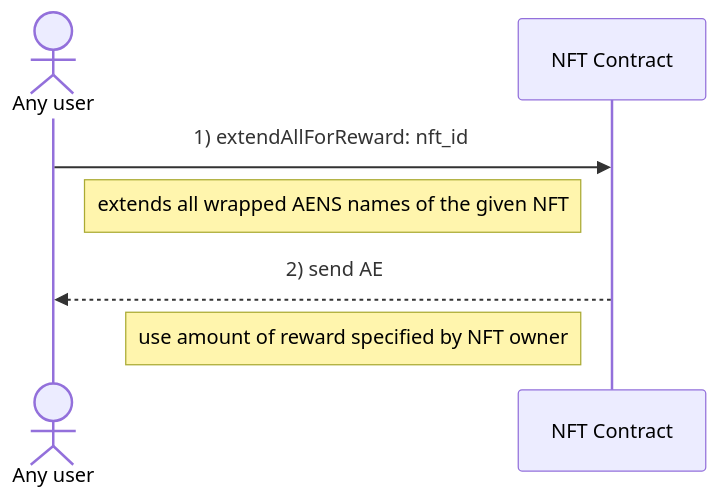
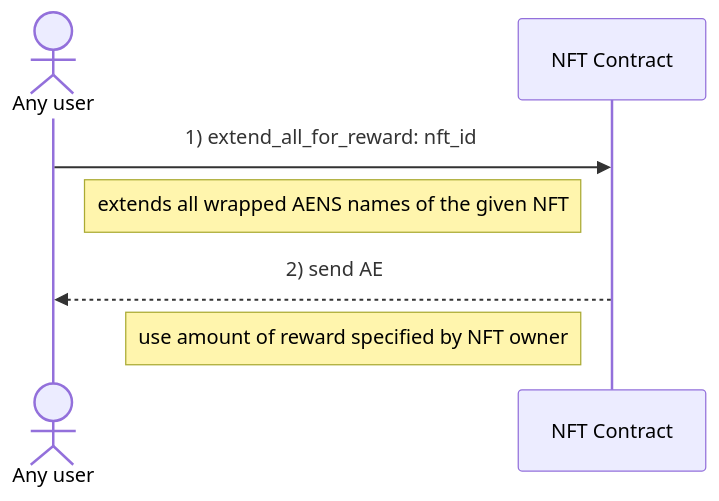
One commit to marc0olo/aens-nfts changed the second of 2 diagrams in docs/diagrams/extend_aens_names.md. Above: the diagram before and after it, drawn with Mermaid. The commit also changed other lines of this file and 17 other files, not shown here.

````diff
--- a/docs/diagrams/extend_aens_names.md
+++ b/docs/diagrams/extend_aens_names.md
@@ -12,8 +12,8 @@
 ```mermaid
 sequenceDiagram
     actor Any user
-    Any user ->> NFT Contract: 1) extendAllForReward: nft_id
+    Any user ->> NFT Contract: 1) extend_all_for_reward: nft_id
     Note left of NFT Contract: extends all wrapped AENS names of the given NFT
     NFT Contract -->> Any user: 2) send AE
     Note left of NFT Contract: use amount of reward specified by NFT owner
 ```
````
